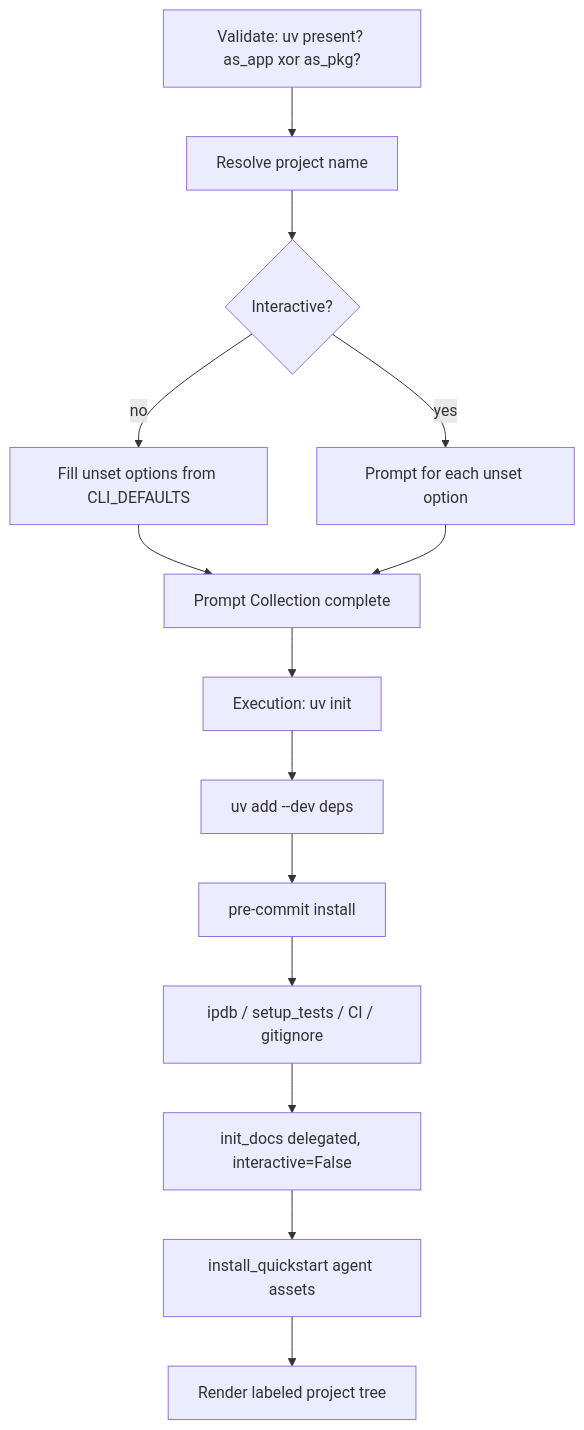
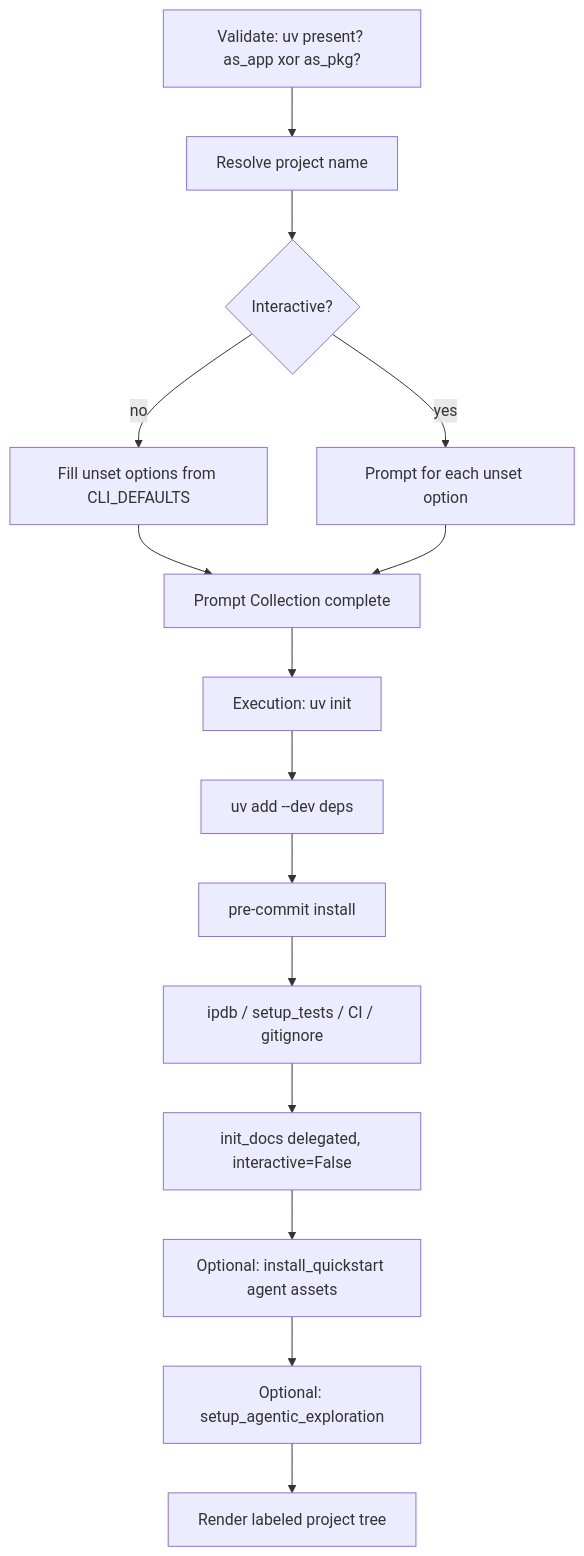
One commit to Entalpic/siesta changed the second of 2 diagrams in system-architecture.md. Above: the diagram before and after it, drawn with Mermaid. The commit also changed other lines of this file, not shown here.

Commit message:
rebase: update system-architecture

````diff
--- a/system-architecture.md
+++ b/system-architecture.md
@@ -328,16 +335,17 @@
 ```mermaid
 flowchart TD
     A[Validate: uv present? as_app xor as_pkg?] --> B[Resolve project name]
     B --> C{Interactive?}
     C -->|no| D[Fill unset options from CLI_DEFAULTS]
     C -->|yes| E[Prompt for each unset option]
     D --> F[Prompt Collection complete]
     E --> F
     F --> G[Execution: uv init]
     G --> H[uv add --dev deps]
     H --> I[pre-commit install]
     I --> J[ipdb / setup_tests / CI / gitignore]
     J --> K[init_docs delegated, interactive=False]
-    K --> L[install_quickstart agent assets]
-    L --> M[Render labeled project tree]
+    K --> L[Optional: install_quickstart agent assets]
+    L --> N[Optional: setup_agentic_exploration]
+    N --> M[Render labeled project tree]
 ```
````
